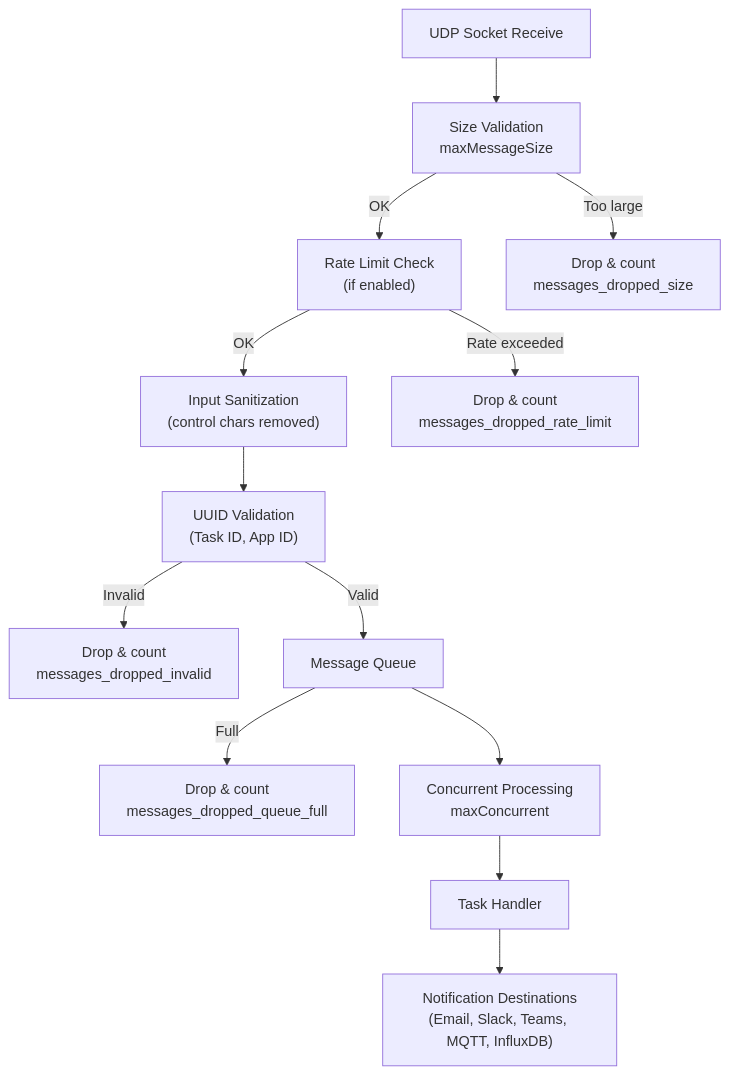
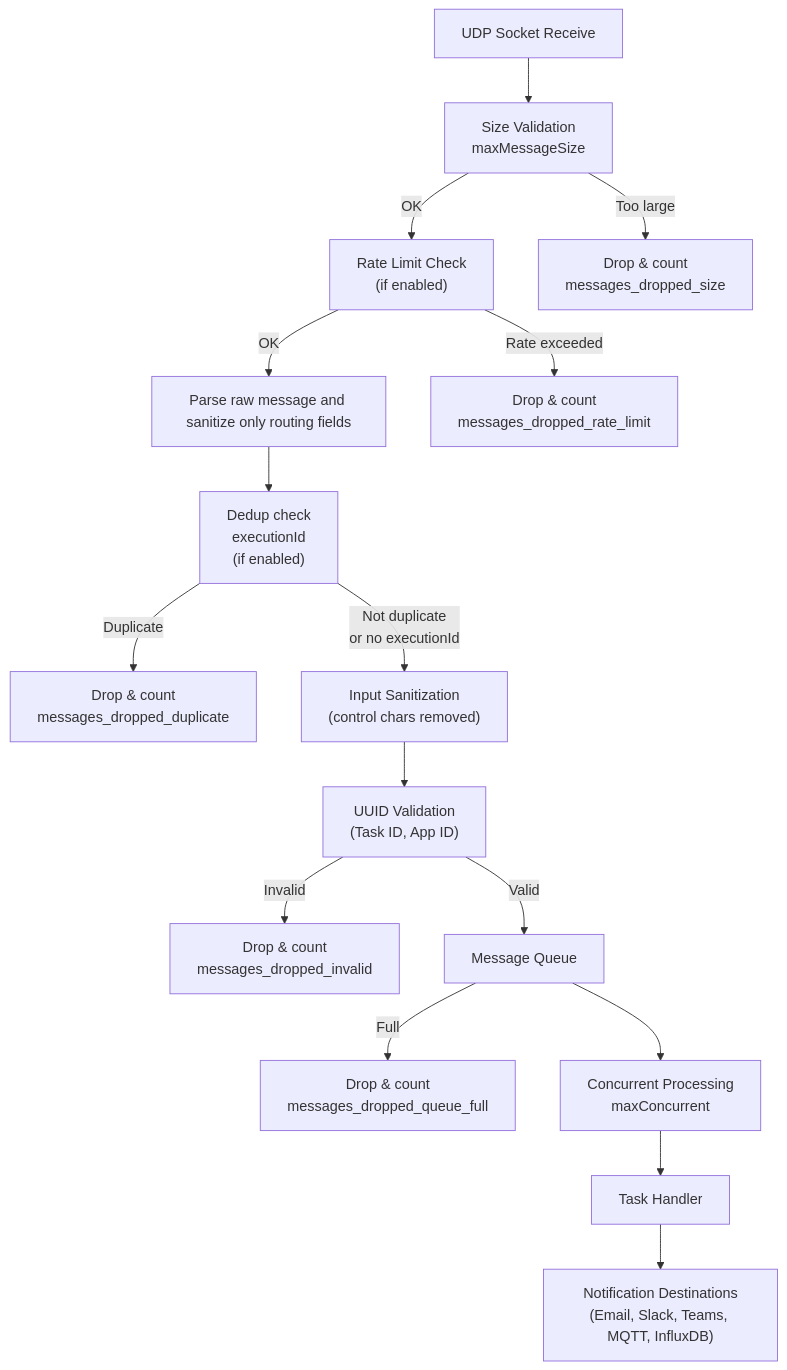
Before and after one commit to ptarmiganlabs/butler-docs: the diagram in docs/v17.0/concepts/udp-queue.md, drawn with Mermaid. The commit also changed other lines of this file and 8 other files, not shown here.

````diff
--- a/docs/v17.0/concepts/udp-queue.md
+++ b/docs/v17.0/concepts/udp-queue.md
@@ -25,15 +25,18 @@
 ```mermaid
 flowchart TD
     A["UDP Socket Receive"] --> B["Size Validation\nmaxMessageSize"]
     B -->|"OK"| C["Rate Limit Check\n(if enabled)"]
     B -->|"Too large"| D["Drop & count\nmessages_dropped_size"]
-    C -->|"OK"| E["Input Sanitization\n(control chars removed)"]
+    C -->|"OK"| E["Parse raw message and sanitize only routing fields"]
     C -->|"Rate exceeded"| F["Drop & count\nmessages_dropped_rate_limit"]
-    E --> G["UUID Validation\n(Task ID, App ID)"]
-    G -->|"Invalid"| H["Drop & count\nmessages_dropped_invalid"]
-    G -->|"Valid"| I["Message Queue"]
-    I -->|"Full"| J["Drop & count\nmessages_dropped_queue_full"]
-    I --> K["Concurrent Processing\nmaxConcurrent"]
-    K --> L["Task Handler"]
-    L --> M["Notification Destinations\n(Email, Slack, Teams, MQTT, InfluxDB)"]
+    E --> G["Dedup check\nexecutionId\n(if enabled)"]
+    G -->|"Duplicate"| G1["Drop & count\nmessages_dropped_duplicate"]
+    G -->|"Not duplicate<br/>or no executionId"| H["Input Sanitization\n(control chars removed)"]
+    H --> I["UUID Validation\n(Task ID, App ID)"]
+    I -->|"Invalid"| J["Drop & count\nmessages_dropped_invalid"]
+    I -->|"Valid"| K["Message Queue"]
+    K -->|"Full"| L["Drop & count\nmessages_dropped_queue_full"]
+    K --> M["Concurrent Processing\nmaxConcurrent"]
+    M --> N["Task Handler"]
+    N --> O["Notification Destinations\n(Email, Slack, Teams, MQTT, InfluxDB)"]
 ```
````
